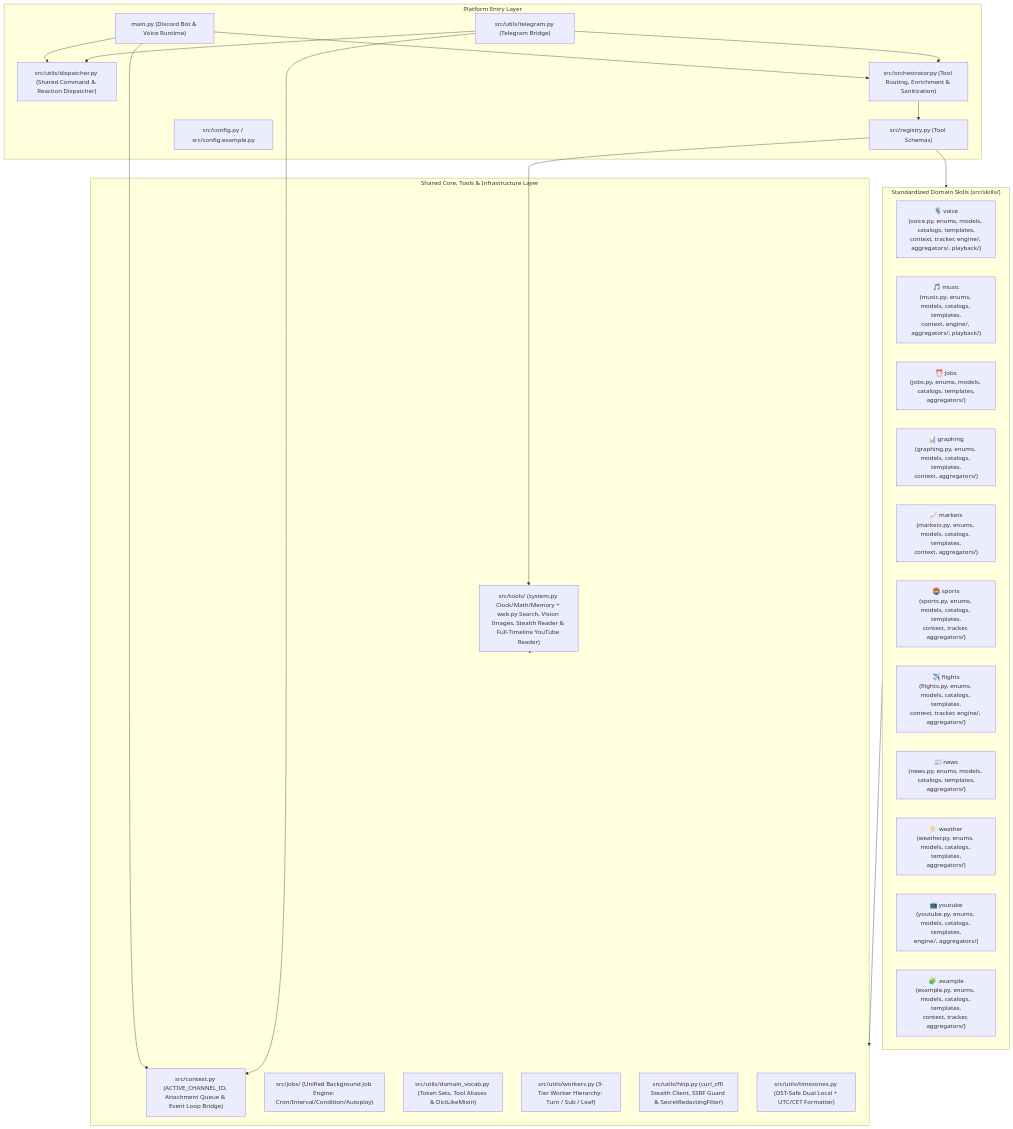
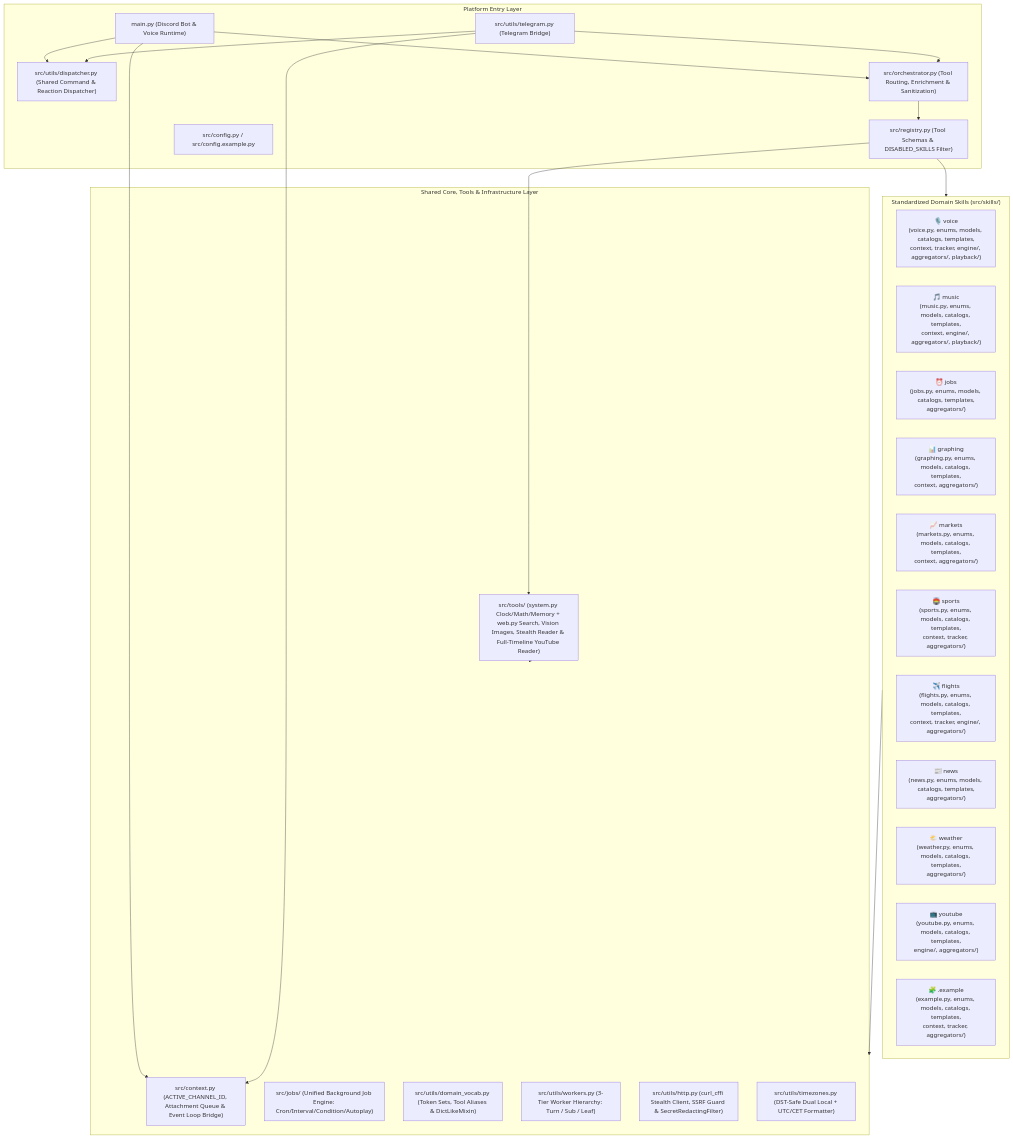
One commit to ElvisHalil/discord-bot changed the diagram in README.md. Above: the diagram before and after it, drawn with Mermaid. The commit also changed other lines of this file and 7 other files, not shown here.

Commit message:
docs: add visual showcase, core vs skill-pack tables, and DISABLED_SKILLS toggle

````diff
--- a/README.md
+++ b/README.md
@@ -29,47 +72,47 @@
 ```mermaid
 flowchart TD
     subgraph Entry["Platform Entry Layer"]
         MAIN["main.py (Discord Bot & Voice Runtime)"]
         TG["src/utils/telegram.py (Telegram Bridge)"]
         DISP["src/utils/dispatcher.py (Shared Command & Reaction Dispatcher)"]
         ORCH["src/orchestrator.py (Tool Routing, Enrichment & Sanitization)"]
-        REG["src/registry.py (Tool Schemas)"]
+        REG["src/registry.py (Tool Schemas & DISABLED_SKILLS Filter)"]
         CFG["src/config.py / src/config.example.py"]
     end
 
     subgraph Core["Shared Core, Tools & Infrastructure Layer"]
         CTX["src/context.py (ACTIVE_CHANNEL_ID, Attachment Queue & Event Loop Bridge)"]
         JOB["src/jobs/ (Unified Background Job Engine: Cron/Interval/Condition/Autoplay)"]
         TLS["src/tools/ (system.py Clock/Math/Memory + web.py Search, Vision Images, Stealth Reader & Full-Timeline YouTube Reader)"]
         VOCAB["src/utils/domain_vocab.py (Token Sets, Tool Aliases & DictLikeMixin)"]
         WRK["src/utils/workers.py (3-Tier Worker Hierarchy: Turn / Sub / Leaf)"]
         HTTP["src/utils/http.py (curl_cffi Stealth Client, SSRF Guard & SecretRedactingFilter)"]
         TZ["src/utils/timezones.py (DST-Safe Dual Local + UTC/CET Formatter)"]
     end
 
     subgraph Skills["Standardized Domain Skills (src/skills/)"]
         VCE["🎙️ voice\n(voice.py, enums, models, catalogs, templates,\ncontext, tracker, engine/, aggregators/, playback/)"]
         MUS["🎵 music\n(music.py, enums, models, catalogs, templates,\ncontext, engine/, aggregators/, playback/)"]
         JBS["⏰ jobs\n(jobs.py, enums, models, catalogs, templates,\naggregators/)"]
         GRP["📊 graphing\n(graphing.py, enums, models, catalogs, templates,\ncontext, aggregators/)"]
         MKT["📈 markets\n(markets.py, enums, models, catalogs, templates,\ncontext, aggregators/)"]
         SPT["🏟️ sports\n(sports.py, enums, models, catalogs, templates,\ncontext, tracker, aggregators/)"]
         FLT["✈️ flights\n(flights.py, enums, models, catalogs, templates,\ncontext, tracker, engine/, aggregators/)"]
         NWS["📰 news\n(news.py, enums, models, catalogs, templates,\naggregators/)"]
         WTH["🌤️ weather\n(weather.py, enums, models, catalogs, templates,\naggregators/)"]
         YT["📺 youtube\n(youtube.py, enums, models, catalogs, templates,\nengine/, aggregators/)"]
         EX["🧩 .example\n(example.py, enums, models, catalogs, templates,\ncontext, tracker, aggregators/)"]
     end
 
     MAIN --> DISP
     TG --> DISP
     MAIN --> ORCH
     TG --> ORCH
     MAIN --> CTX
     TG --> CTX
     ORCH --> REG
     REG --> TLS
     REG --> Skills
     Skills --> Core
     TLS --> Core
 ```
````
